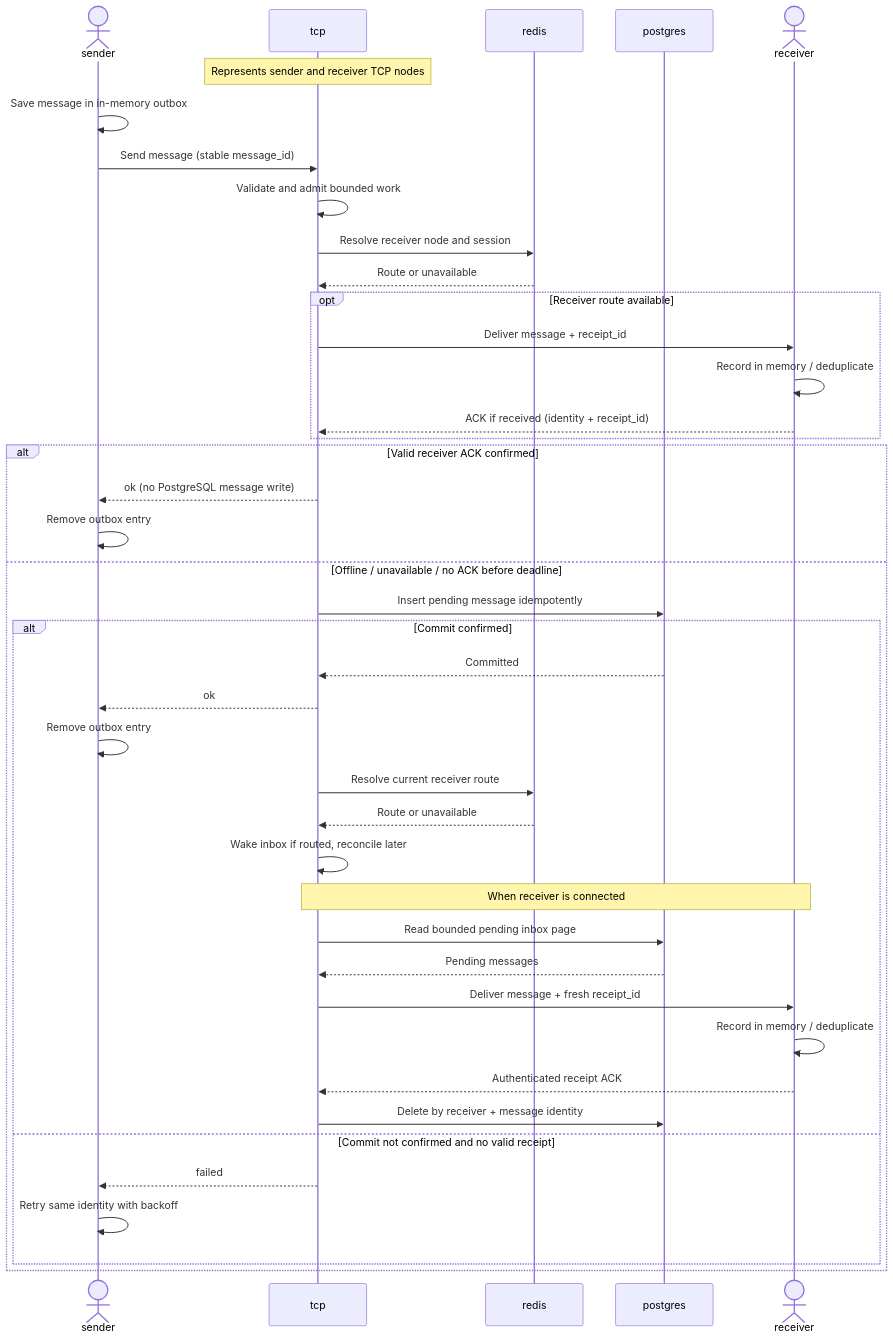
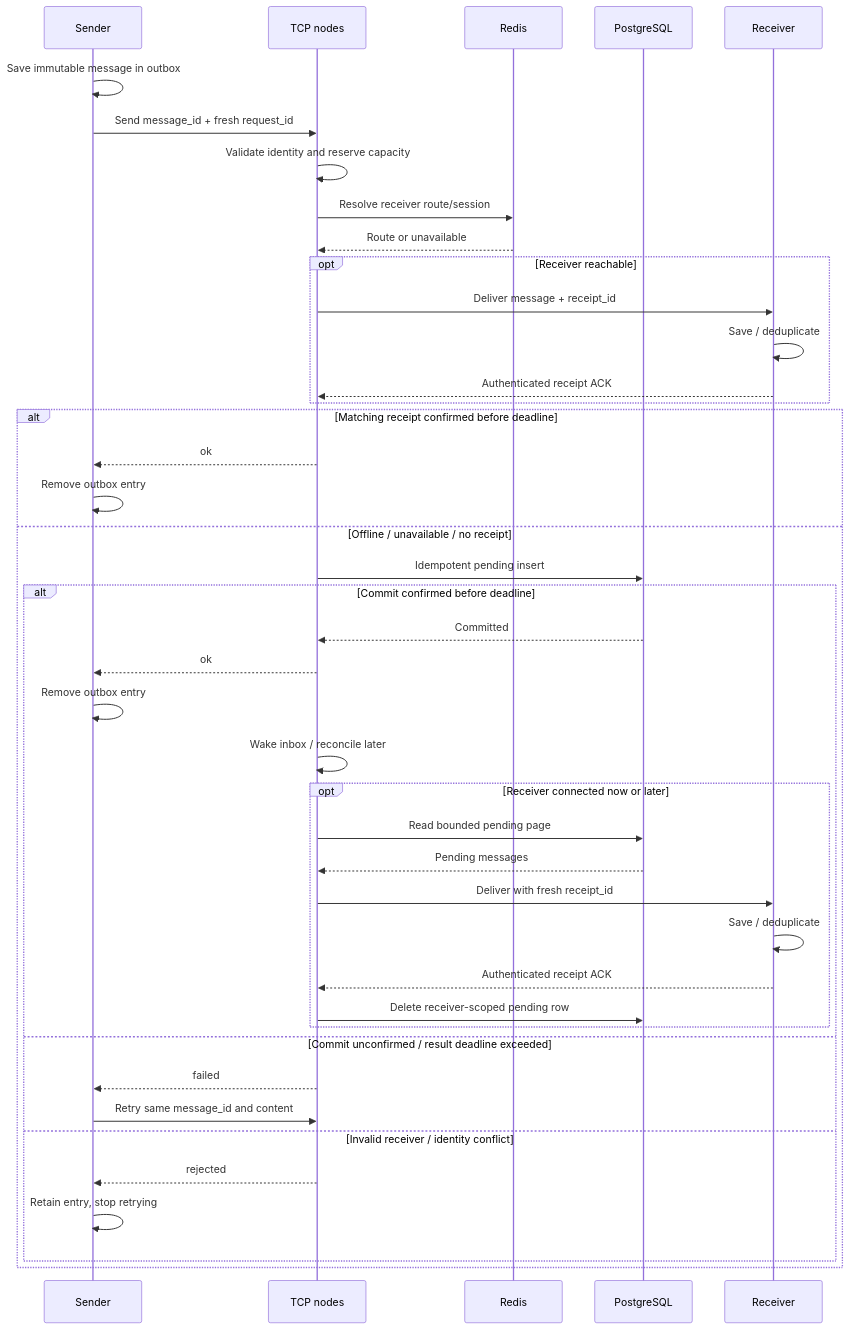
The diagram in MESSAGE_DELIVERY.md (cmunaro/ChatChat), drawn with Mermaid before and after one commit. The commit also changed other lines of this file and 4 other files, not shown here.

````diff
--- a/MESSAGE_DELIVERY.md
+++ b/MESSAGE_DELIVERY.md
@@ -35,46 +7,45 @@
 ```mermaid
 sequenceDiagram
-    actor Sender as sender
-    participant TCP as tcp
-    participant Redis as redis
-    participant PG as postgres
-    actor Receiver as receiver
+    participant S as Sender
+    participant T as TCP nodes
+    participant R as Redis
+    participant P as PostgreSQL
+    participant D as Receiver
 
-    Note over TCP: Represents sender and receiver TCP nodes
-    Sender->>Sender: Save message in in-memory outbox
-    Sender->>TCP: Send message (stable message_id)
-    TCP->>TCP: Validate and admit bounded work
-    TCP->>Redis: Resolve receiver node and session
-    Redis-->>TCP: Route or unavailable
-
-    opt Receiver route available
-        TCP->>Receiver: Deliver message + receipt_id
-        Receiver->>Receiver: Record in memory / deduplicate
-        Receiver-->>TCP: ACK if received (identity + receipt_id)
+    S->>S: Save immutable message in outbox
+    S->>T: Send message_id + fresh request_id
+    T->>T: Validate identity and reserve capacity
+    T->>R: Resolve receiver route/session
+    R-->>T: Route or unavailable
+    opt Receiver reachable
+        T->>D: Deliver message + receipt_id
+        D->>D: Save / deduplicate
+        D-->>T: Authenticated receipt ACK
     end
-
-    alt Valid receiver ACK confirmed
-        TCP-->>Sender: ok (no PostgreSQL message write)
-        Sender->>Sender: Remove outbox entry
-    else Offline / unavailable / no ACK before deadline
-        TCP->>PG: Insert pending message idempotently
-        alt Commit confirmed
-            PG-->>TCP: Committed
-            TCP-->>Sender: ok
-            Sender->>Sender: Remove outbox entry
-            TCP->>Redis: Resolve current receiver route
-            Redis-->>TCP: Route or unavailable
-            TCP->>TCP: Wake inbox if routed, reconcile later
-            Note over TCP,Receiver: When receiver is connected
-            TCP->>PG: Read bounded pending inbox page
-            PG-->>TCP: Pending messages
-            TCP->>Receiver: Deliver message + fresh receipt_id
-            Receiver->>Receiver: Record in memory / deduplicate
-            Receiver-->>TCP: Authenticated receipt ACK
-            TCP->>PG: Delete by receiver + message identity
-        else Commit not confirmed and no valid receipt
-            TCP-->>Sender: failed
-            Sender->>Sender: Retry same identity with backoff
+    alt Matching receipt confirmed before deadline
+        T-->>S: ok
+        S->>S: Remove outbox entry
+    else Offline / unavailable / no receipt
+        T->>P: Idempotent pending insert
+        alt Commit confirmed before deadline
+            P-->>T: Committed
+            T-->>S: ok
+            S->>S: Remove outbox entry
+            T->>T: Wake inbox / reconcile later
+            opt Receiver connected now or later
+                T->>P: Read bounded pending page
+                P-->>T: Pending messages
+                T->>D: Deliver with fresh receipt_id
+                D->>D: Save / deduplicate
+                D-->>T: Authenticated receipt ACK
+                T->>P: Delete receiver-scoped pending row
+            end
+        else Commit unconfirmed / result deadline exceeded
+            T-->>S: failed
+            S->>T: Retry same message_id and content
+        else Invalid receiver / identity conflict
+            T-->>S: rejected
+            S->>S: Retain entry, stop retrying
         end
     end
 ```
````
